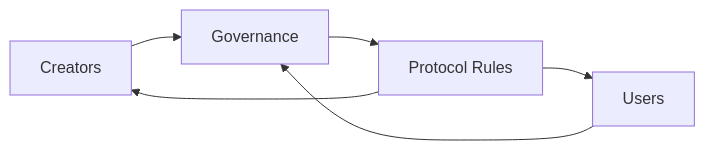
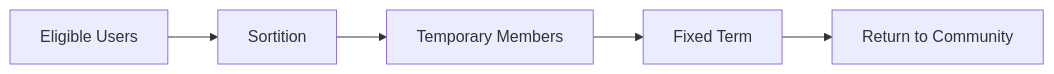
The third of 23 diagrams in docs/whitepaper/07-governance.md (ShigeichiroYamasaki/creator-first-platform), drawn with Mermaid before and after one commit. The commit also changed other lines of this file and 1 other file, not shown here.

````diff
--- a/docs/whitepaper/07-governance.md
+++ b/docs/whitepaper/07-governance.md
@@ -72,8 +140,10 @@
 ```mermaid
 flowchart LR
-    CREATOR[Creators] --> GOV[Governance]
-    USER[Users] --> GOV
-    GOV --> RULE[Protocol Rules]
-    RULE --> CREATOR
-    RULE --> USER
+    USERS[Eligible Users]
+    SELECT[Sortition]
+    MEMBERS[Temporary Members]
+    TERM[Fixed Term]
+    RETURN[Return to Community]
+
+    USERS --> SELECT --> MEMBERS --> TERM --> RETURN
 ```
````
